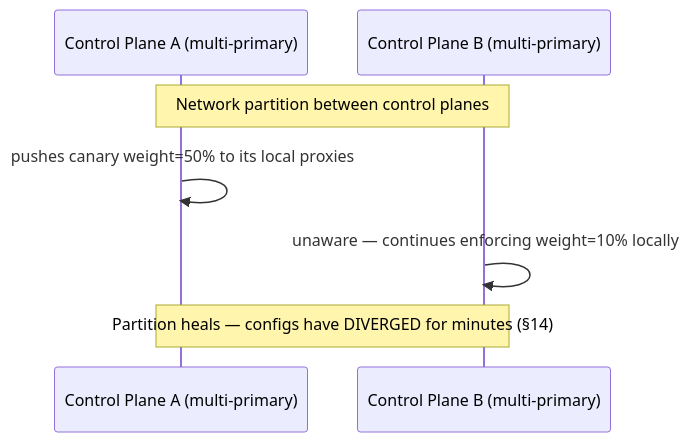
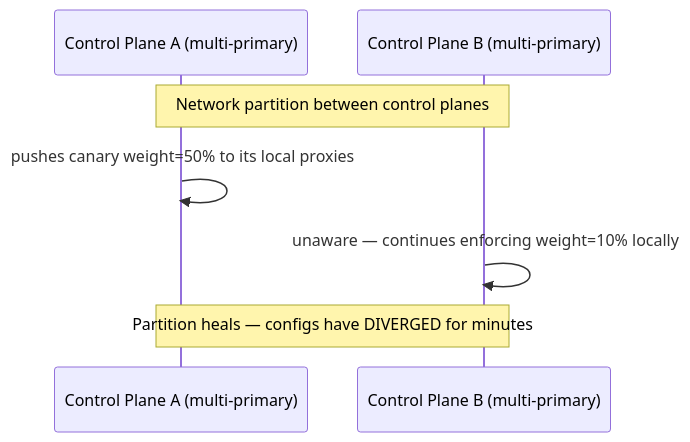
Before and after one commit to umashankarp/InterviewQuestions: the third of 4 diagrams in 39-Service-Mesh/01-MultiCluster-MultiMesh-Federation-AdoptionGovernance.md, drawn with Mermaid. The commit also changed other lines of this file and 173 other files, not shown here.

````diff
--- a/39-Service-Mesh/01-MultiCluster-MultiMesh-Federation-AdoptionGovernance.md
+++ b/39-Service-Mesh/01-MultiCluster-MultiMesh-Federation-AdoptionGovernance.md
@@ -84,10 +84,10 @@
 ```mermaid
 sequenceDiagram
-    participant CPA as Control Plane A (multi-primary)
-    participant CPB as Control Plane B (multi-primary)
+ participant CPA as Control Plane A (multi-primary)
+ participant CPB as Control Plane B (multi-primary)
 
-    Note over CPA,CPB: Network partition between control planes
-    CPA->>CPA: pushes canary weight=50% to its local proxies
-    CPB->>CPB: unaware — continues enforcing weight=10% locally
-    Note over CPA,CPB: Partition heals — configs have DIVERGED for minutes (§14)
+ Note over CPA,CPB: Network partition between control planes
+ CPA->>CPA: pushes canary weight=50% to its local proxies
+ CPB->>CPB: unaware — continues enforcing weight=10% locally
+ Note over CPA,CPB: Partition heals — configs have DIVERGED for minutes
 ```
````
